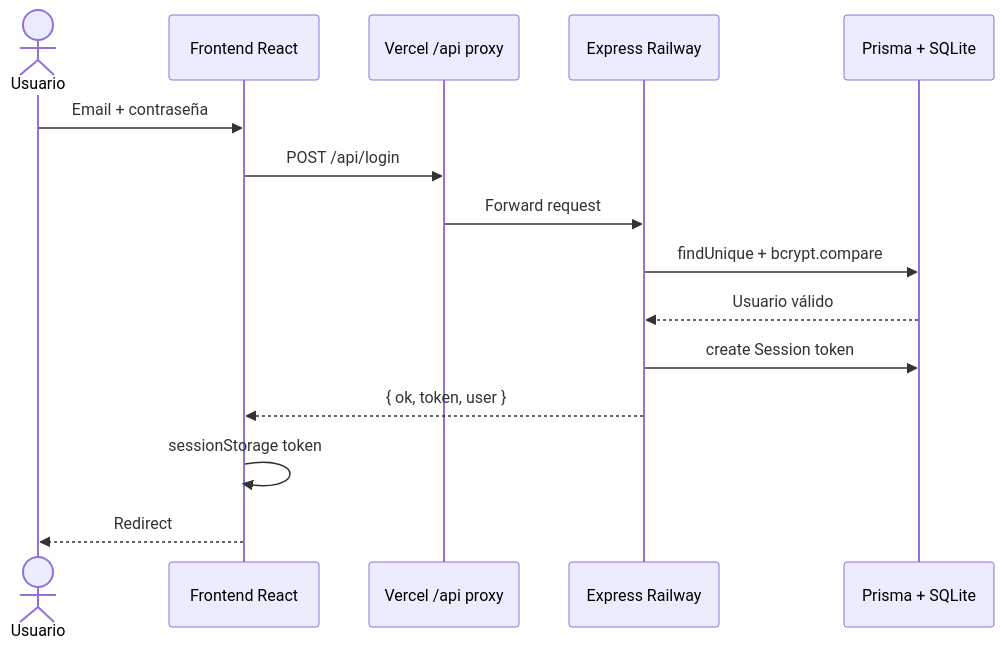
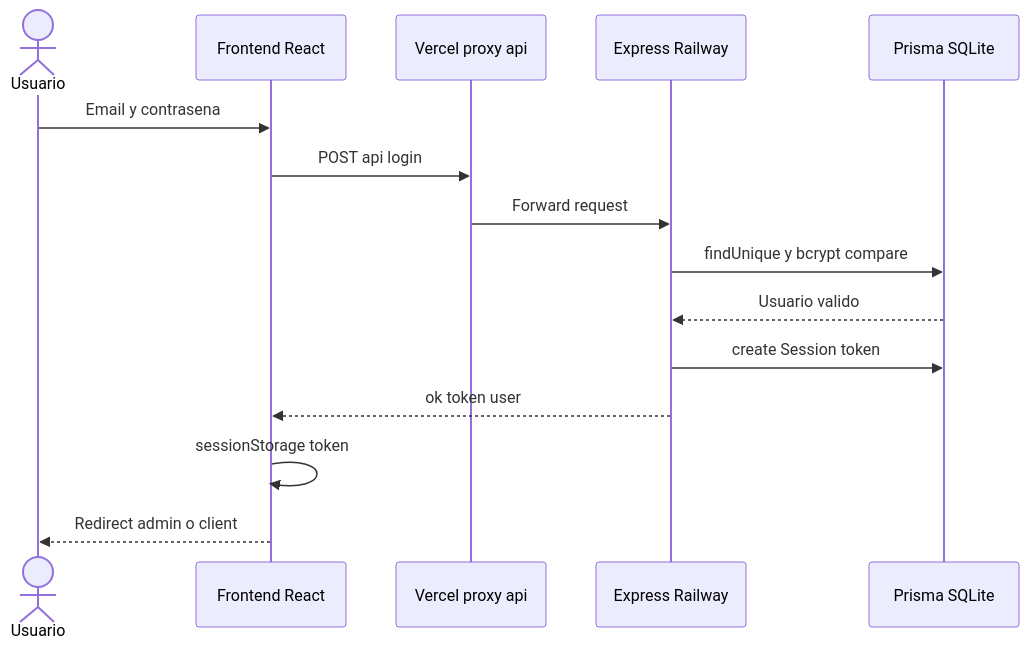
One commit to Alejostone1/Desarpro changed the third of 10 diagrams in README.md. Above: the diagram before and after it, drawn with Mermaid. The commit also changed other lines of this file and 4 other files, not shown here.

Commit message:
Docs: README completo con galeria de capturas y Mermaid compatible GitHub.

````diff
--- a/README.md
+++ b/README.md
@@ -195,18 +283,18 @@
 ```mermaid
 sequenceDiagram
     actor U as Usuario
     participant F as Frontend React
-    participant V as Vercel /api proxy
+    participant V as Vercel proxy api
     participant E as Express Railway
-    participant P as Prisma + SQLite
+    participant P as Prisma SQLite
 
-    U->>F: Email + contraseña
-    F->>V: POST /api/login
+    U->>F: Email y contrasena
+    F->>V: POST api login
     V->>E: Forward request
-    E->>P: findUnique + bcrypt.compare
-    P-->>E: Usuario válido
+    E->>P: findUnique y bcrypt compare
+    P-->>E: Usuario valido
     E->>P: create Session token
-    E-->>F: { ok, token, user }
+    E-->>F: ok token user
     F->>F: sessionStorage token
-    F-->>U: Redirect #/admin o #/client
+    F-->>U: Redirect admin o client
 ```
````
